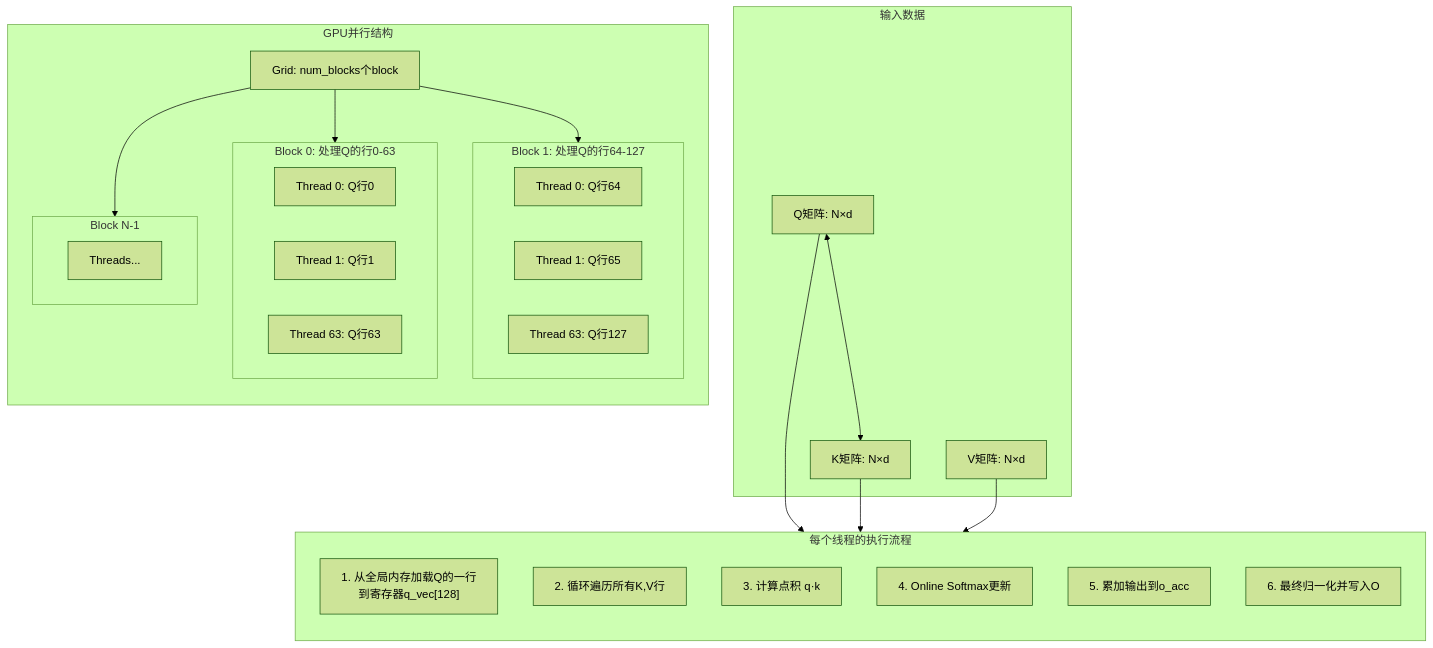
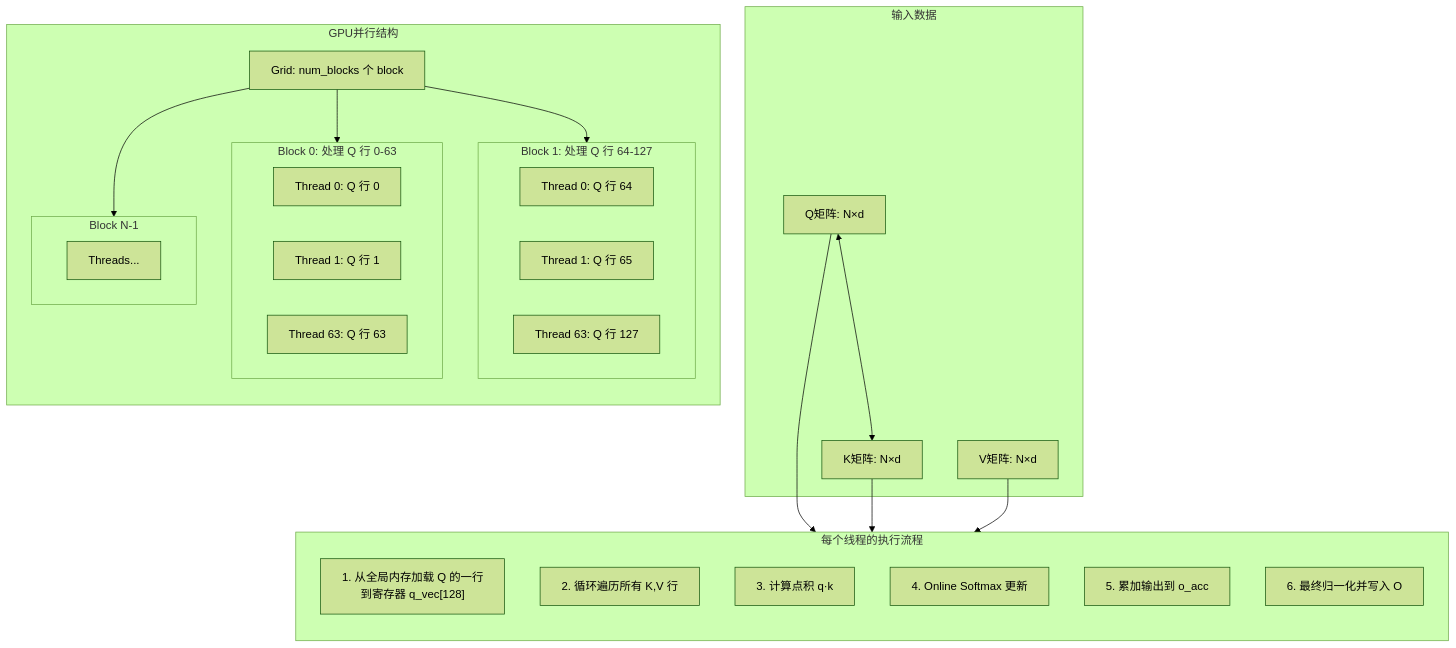
Before and after one commit to hzchenxiaobin/LLM: the first of 4 diagrams in flashattention/docs/V1_NAIVE_EXPLAINED.md, drawn with Mermaid (forest theme). The commit also changed other lines of this file, not shown here.

First line of the commit message:
docs(flashattention): fix Mermaid diagrams for GitHub rendering

````diff
--- a/flashattention/docs/V1_NAIVE_EXPLAINED.md
+++ b/flashattention/docs/V1_NAIVE_EXPLAINED.md
@@ -11,46 +11,48 @@
 ```mermaid
 flowchart TB
-    subgraph 输入数据
-        Q[Q矩阵: N×d]<-->K[K矩阵: N×d]
-        V[V矩阵: N×d]
+    subgraph in_data["输入数据"]
+        Q["Q矩阵: N×d"]
+        K["K矩阵: N×d"]
+        V["V矩阵: N×d"]
+        Q <--> K
     end
 
-    subgraph GPU并行结构
+    subgraph gpu_grid["GPU并行结构"]
         direction TB
-        Grid[Grid: num_blocks个block]
+        Grid["Grid: num_blocks 个 block"]
 
-        subgraph Block0[Block 0: 处理Q的行0-63]
-            T0[Thread 0: Q行0]
-            T1[Thread 1: Q行1]
-            T63[Thread 63: Q行63]
+        subgraph blk0["Block 0: 处理 Q 行 0-63"]
+            T0["Thread 0: Q 行 0"]
+            T1["Thread 1: Q 行 1"]
+            T63["Thread 63: Q 行 63"]
         end
 
-        subgraph Block1[Block 1: 处理Q的行64-127]
-            T64[Thread 0: Q行64]
-            T65[Thread 1: Q行65]
-            T127[Thread 63: Q行127]
+        subgraph blk1["Block 1: 处理 Q 行 64-127"]
+            T64["Thread 0: Q 行 64"]
+            T65["Thread 1: Q 行 65"]
+            T127["Thread 63: Q 行 127"]
         end
 
-        subgraph BlockN[Block N-1]
-            TN[Threads...]
+        subgraph blkN["Block N-1"]
+            TN["Threads..."]
         end
     end
 
-    Grid --> Block0
-    Grid --> Block1
-    Grid --> BlockN
+    Grid --> blk0
+    Grid --> blk1
+    Grid --> blkN
 
-    subgraph 每个线程的执行流程
+    subgraph per_thread["每个线程的执行流程"]
         direction TB
-        LoadQ["1. 从全局内存加载Q的一行<br/>到寄存器q_vec[128]"]
-        LoopKV[2. 循环遍历所有K,V行]
-        Dot[3. 计算点积 q·k]
-        OnlineSoftmax[4. Online Softmax更新]
-        UpdateO[5. 累加输出到o_acc]
-        Normalize[6. 最终归一化并写入O]
+        LoadQ["1. 从全局内存加载 Q 的一行<br>到寄存器 q_vec[128]"]
+        LoopKV["2. 循环遍历所有 K,V 行"]
+        Dot["3. 计算点积 q·k"]
+        OnlineSoftmax["4. Online Softmax 更新"]
+        UpdateO["5. 累加输出到 o_acc"]
+        Normalize["6. 最终归一化并写入 O"]
     end
 
     Q --> LoadQ
     K --> Dot
     V --> UpdateO
 ```
````
